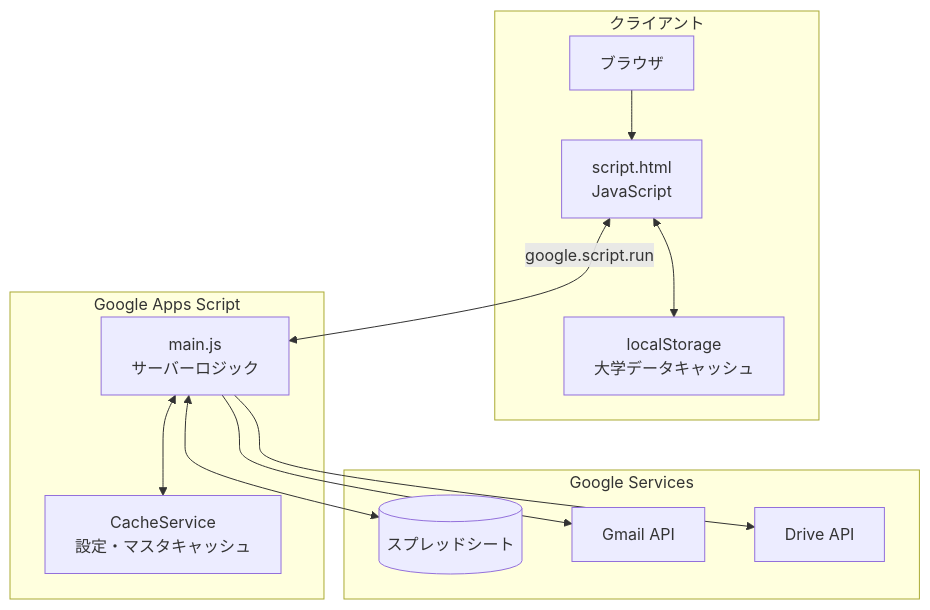
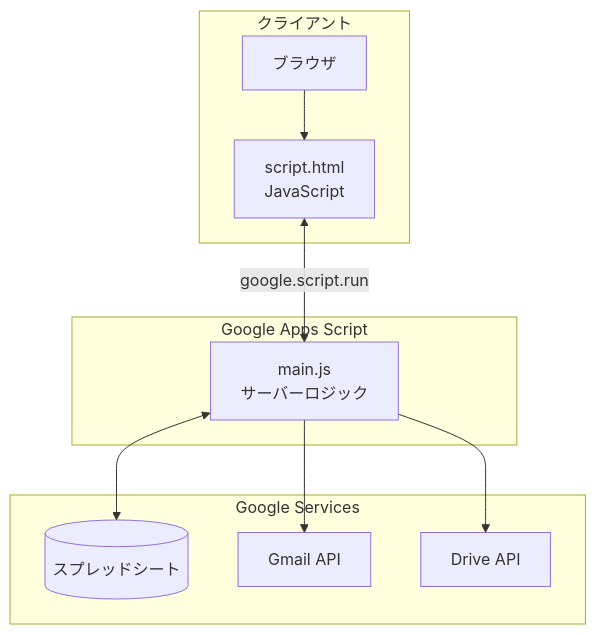
One commit to suzukishigeru4b/juken-survey-public changed the first of 9 diagrams in PROGRAM_SPECIFICATION.md. Above: the diagram before and after it, drawn with Mermaid. The commit also changed other lines of this file and 6 other files, not shown here.

````diff
--- a/PROGRAM_SPECIFICATION.md
+++ b/PROGRAM_SPECIFICATION.md
@@ -27,27 +27,23 @@
 ```mermaid
 flowchart TB
     subgraph Client[クライアント]
         Browser[ブラウザ]
         JS[script.html<br/>JavaScript]
-        LocalCache[localStorage<br/>大学データキャッシュ]
     end
     
     subgraph GAS[Google Apps Script]
         Main[main.js<br/>サーバーロジック]
-        Cache[CacheService<br/>設定・マスタキャッシュ]
     end
     
     subgraph Google[Google Services]
         Sheets[(スプレッドシート)]
         Mail[Gmail API]
         Drive[Drive API]
     end
     
     Browser --> JS
     JS <-->|google.script.run| Main
-    JS <--> LocalCache
-    Main <--> Cache
     Main <--> Sheets
     Main --> Mail
     Main --> Drive
 ```
````
